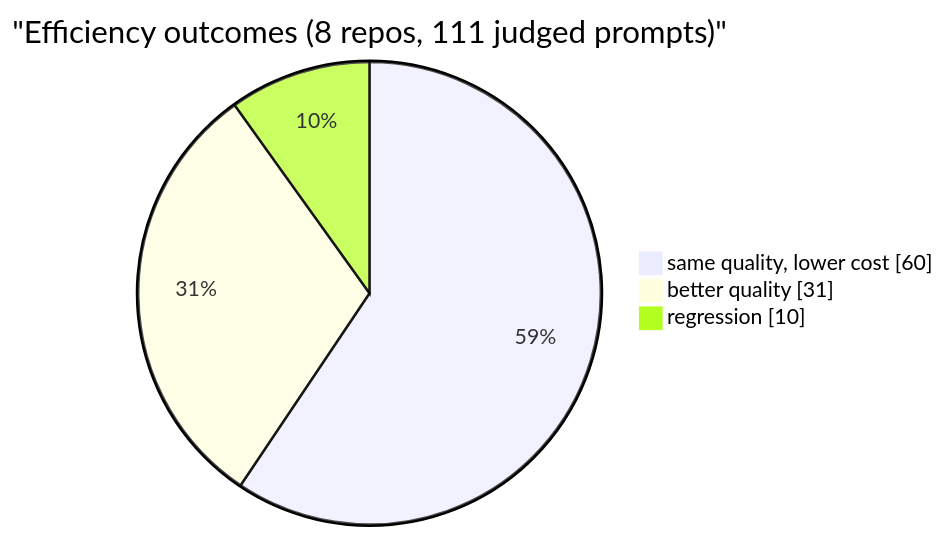
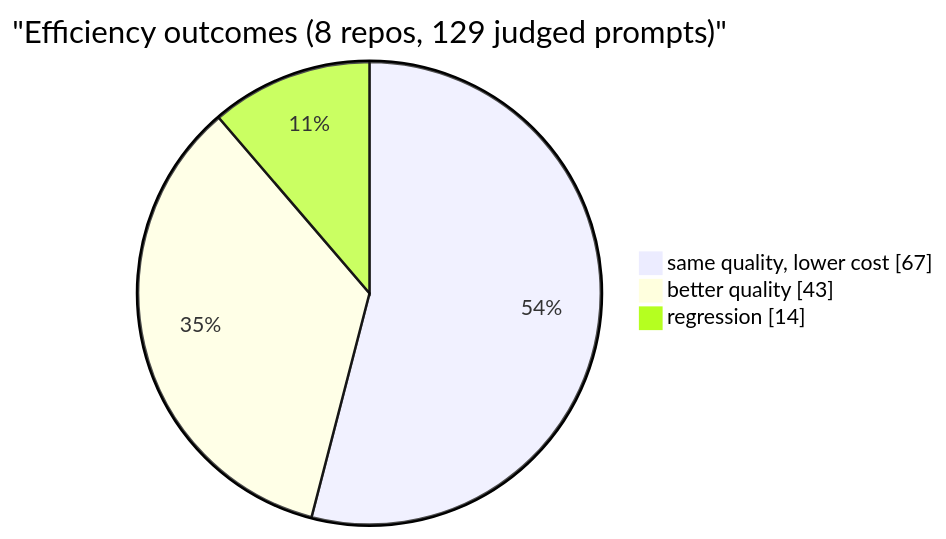
Before and after one commit to siropkin/budi: the second of 2 diagrams in README.md, drawn with Mermaid. The commit also changed other lines of this file, not shown here.

````diff
--- a/README.md
+++ b/README.md
@@ -46,7 +46,7 @@
 ```mermaid
 pie showData
-    title "Efficiency outcomes (8 repos, 111 judged prompts)"
-    "same quality, lower cost" : 60
-    "better quality" : 31
-    "regression" : 10
+    title "Efficiency outcomes (8 repos, 129 judged prompts)"
+    "same quality, lower cost" : 67
+    "better quality" : 43
+    "regression" : 14
 ```
````
